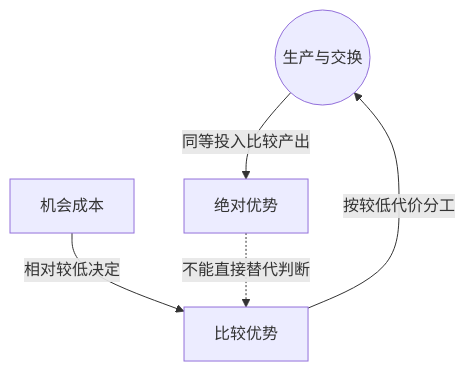
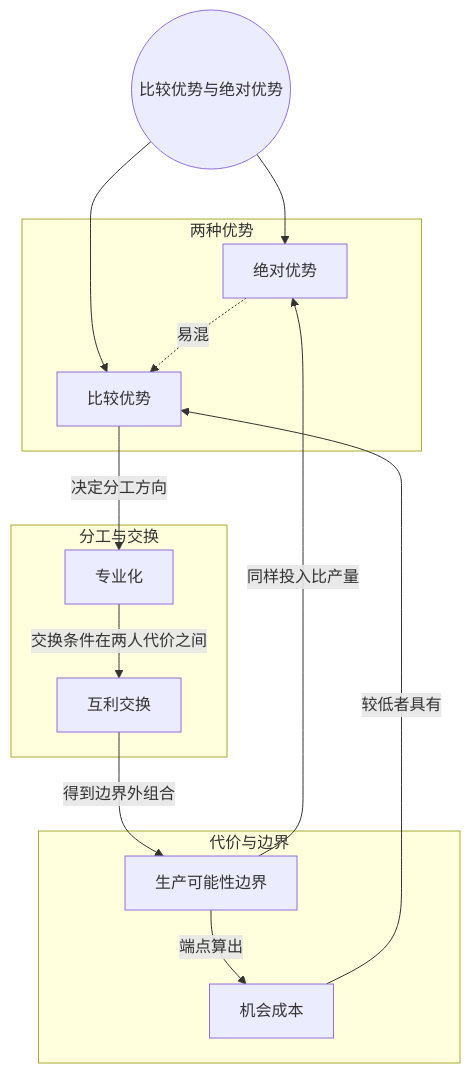
Before and after one commit to lucky-Luor/bilibili-douyin-notes: the diagram in examples/可汗微观经济学-前15集/notes/007-第7讲 比较优势和绝对优势.md, drawn with Mermaid. The commit also changed other lines of this file and 18 other files, not shown here.

````diff
--- a/examples/可汗微观经济学-前15集/notes/007-第7讲 比较优势和绝对优势.md
+++ b/examples/可汗微观经济学-前15集/notes/007-第7讲 比较优势和绝对优势.md
@@ -35,7 +108,21 @@
 ```mermaid
 graph TD
-  R((生产与交换)) -->|同等投入比较产出| A[绝对优势]
-  O[机会成本] -->|相对较低决定| C[比较优势]
-  A -.->|不能直接替代判断| C
-  C -->|按较低代价分工| R
+  R((比较优势与绝对优势))
+  subgraph 两种优势
+    AA[绝对优势]
+    CA[比较优势]
+  end
+  subgraph 代价与边界
+    PPF[生产可能性边界] -->|端点算出| OC[机会成本]
+  end
+  subgraph 分工与交换
+    SP[专业化] -->|交换条件在两人代价之间| TR[互利交换]
+  end
+  R --> AA
+  R --> CA
+  PPF -->|同样投入比产量| AA
+  OC -->|较低者具有| CA
+  CA -->|决定分工方向| SP
+  TR -->|得到边界外组合| PPF
+  AA -.->|易混| CA
 ```
````
